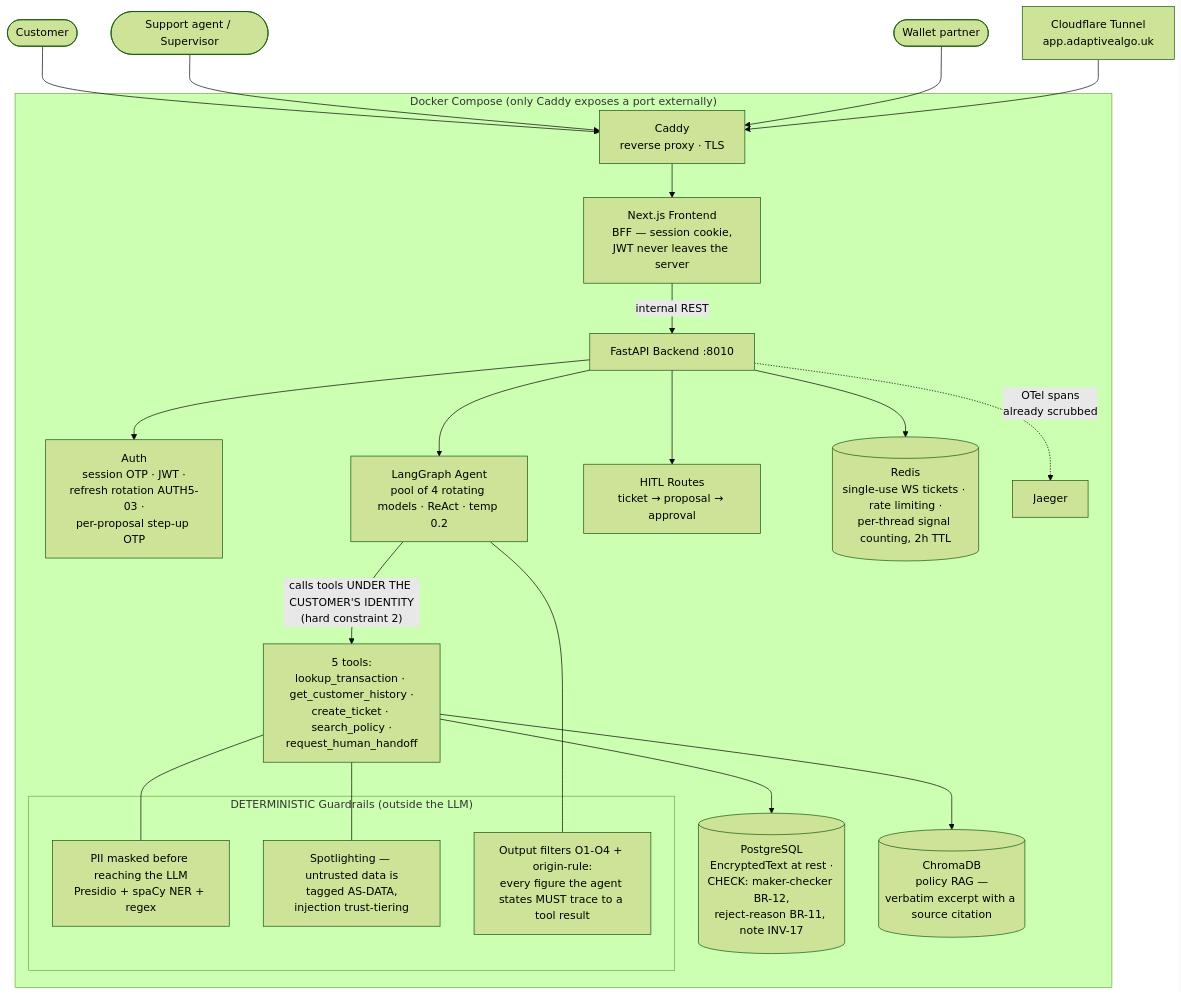
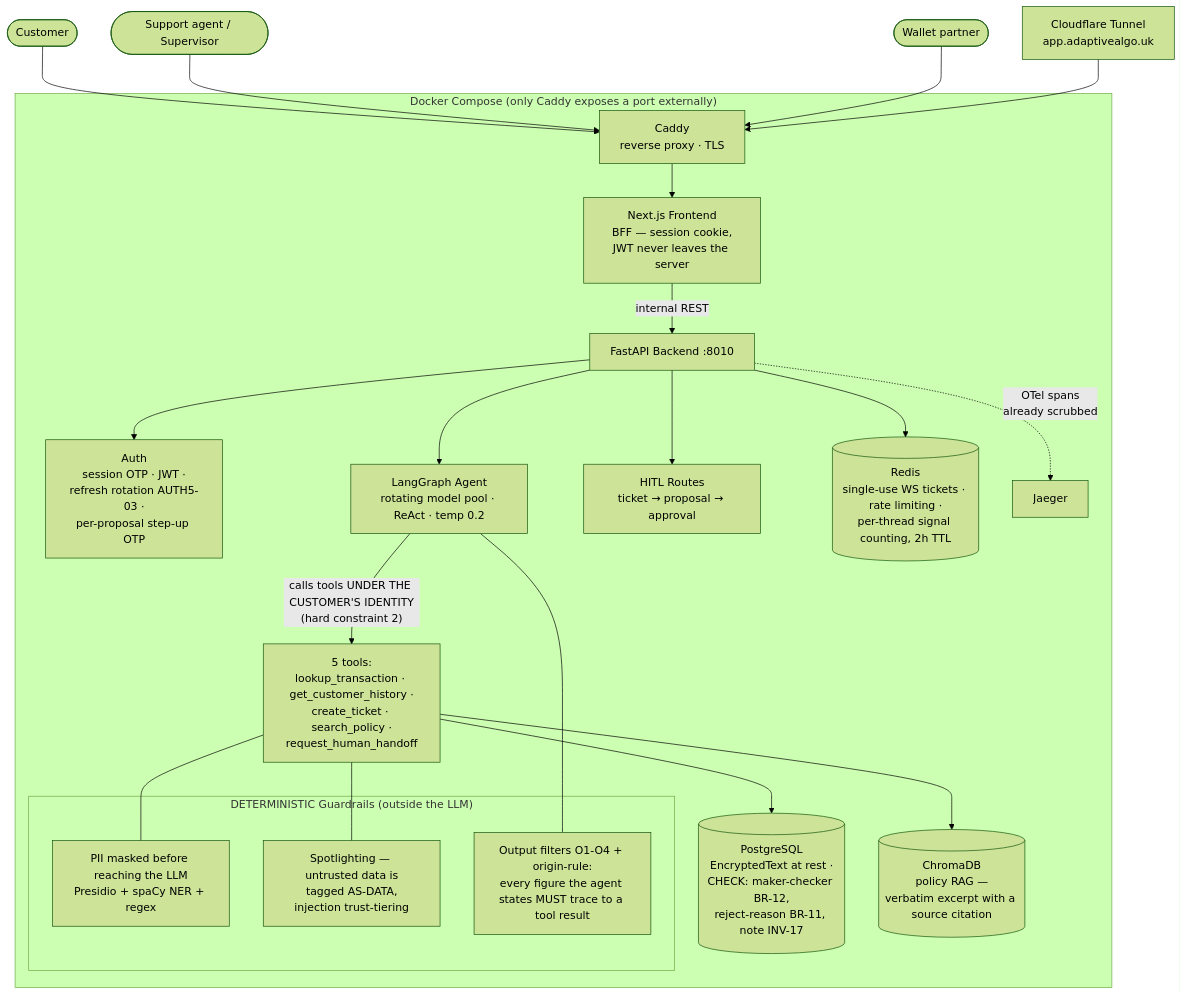
The diagram in ARCHITECTURE.md (jinsimple/Sen-AI-customer-service-agent-for-e-wallets), drawn with Mermaid (forest theme) before and after one commit. The commit also changed other lines of this file, not shown here.

Commit message:
docs(architecture): replace stale 4-model/DeepSeek description with the configured Qwen pool

````diff
--- a/ARCHITECTURE.md
+++ b/ARCHITECTURE.md
@@ -20,32 +20,32 @@
 ```mermaid
 graph TB
     KH([Customer]) --> CADDY
     NV([Support agent / Supervisor]) --> CADDY
     PA([Wallet partner]) --> CADDY
     CF[Cloudflare Tunnel<br/>app.adaptivealgo.uk] --> CADDY
 
     subgraph Docker["Docker Compose (only Caddy exposes a port externally)"]
         CADDY[Caddy<br/>reverse proxy · TLS] --> FE[Next.js Frontend<br/>BFF — session cookie,<br/>JWT never leaves the server]
         FE -->|internal REST| BE[FastAPI Backend :8010]
 
         BE --> AUTH[Auth<br/>session OTP · JWT ·<br/>refresh rotation AUTH5-03 ·<br/>per-proposal step-up OTP]
-        BE --> AGENT[LangGraph Agent<br/>pool of 4 rotating models · ReAct · temp 0.2]
+        BE --> AGENT[LangGraph Agent<br/>rotating model pool · ReAct · temp 0.2]
         BE --> HITL[HITL Routes<br/>ticket → proposal → approval]
 
         AGENT -->|"calls tools UNDER THE CUSTOMER'S IDENTITY<br/>(hard constraint 2)"| TOOLS[5 tools:<br/>lookup_transaction · get_customer_history ·<br/>create_ticket · search_policy ·<br/>request_human_handoff]
 
         subgraph GUARD["DETERMINISTIC Guardrails (outside the LLM)"]
             G1[PII masked before reaching the LLM<br/>Presidio + spaCy NER + regex]
             G2[Spotlighting — untrusted data is<br/>tagged AS-DATA,<br/>injection trust-tiering]
             G3[Output filters O1-O4 + origin-rule:<br/>every figure the agent states MUST trace to a tool result]
         end
         TOOLS --- G1
         TOOLS --- G2
         AGENT --- G3
 
         TOOLS --> PG[(PostgreSQL<br/>EncryptedText at rest ·<br/>CHECK: maker-checker BR-12,<br/>reject-reason BR-11, note INV-17)]
         TOOLS --> RAG[(ChromaDB<br/>policy RAG —<br/>verbatim excerpt with a source citation)]
         BE --> REDIS[(Redis<br/>single-use WS tickets · rate limiting ·<br/>per-thread signal counting, 2h TTL)]
         BE -.->|OTel spans<br/>already scrubbed| JAEGER[Jaeger]
     end
 ```
````
